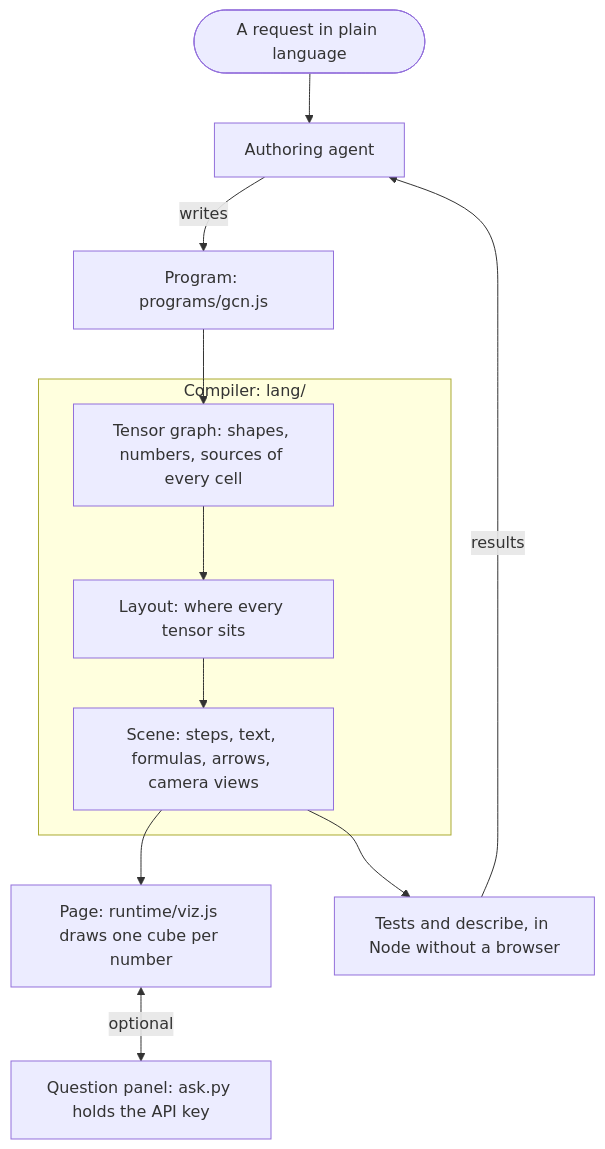
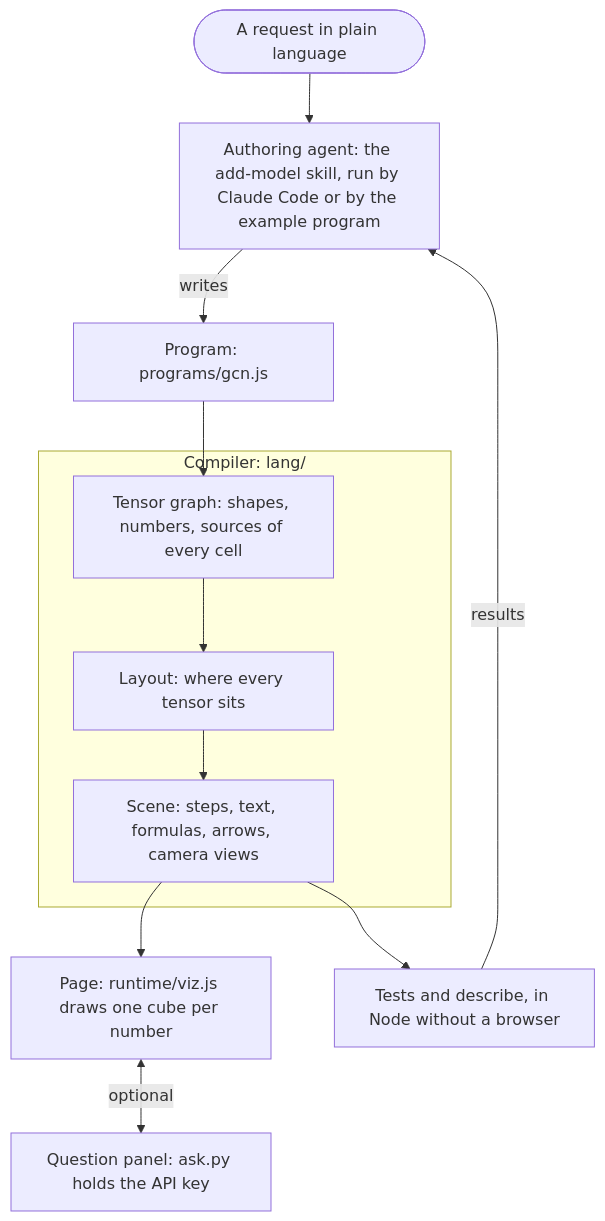
One commit to hideaki/model-arithmetic-3d changed the diagram in README.md. Above: the diagram before and after it, drawn with Mermaid. The commit also changed other lines of this file, not shown here.

First line of the commit message:
README: the authoring agent runs in Claude Code or in the example program

````diff
--- a/README.md
+++ b/README.md
@@ -187,14 +187,14 @@
 ```mermaid
 flowchart TD
-  request(["A request in plain language"]) --> agent["Authoring agent"]
+  request(["A request in plain language"]) --> agent["Authoring agent: the add-model skill, run by Claude Code or by the example program"]
   agent -->|writes| program["Program: programs/gcn.js"]
   program --> tensors
   subgraph compiler ["Compiler: lang/"]
     tensors["Tensor graph: shapes, numbers, sources of every cell"] --> layout["Layout: where every tensor sits"]
     layout --> scene["Scene: steps, text, formulas, arrows, camera views"]
   end
   scene --> page["Page: runtime/viz.js draws one cube per number"]
   scene --> tests["Tests and describe, in Node without a browser"]
   page <-->|optional| ask["Question panel: ask.py holds the API key"]
   tests -->|results| agent
 ```
````
